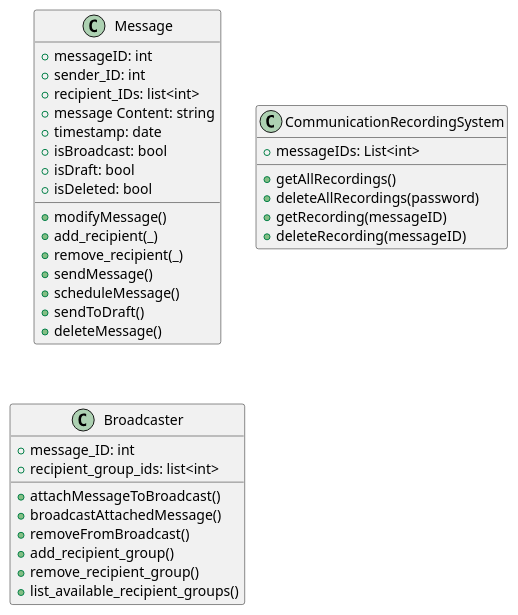
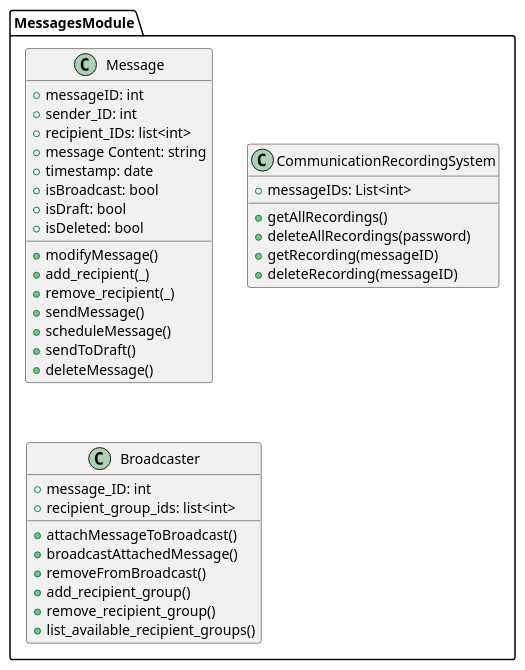
Before and after one commit to anshium/DASS-Assignment-3-IMS-System-Design: the diagram in messages.plantuml, drawn with PlantUML. The commit also changed 9 other files, not shown here.

```diff
--- a/messages.plantuml
+++ b/messages.plantuml
@@ -1,43 +1,45 @@
 @startuml messages
+package MessagesModule {
+	class Message {
+		+ messageID: int
+		+ sender_ID: int
+		+ recipient_IDs: list<int>
+		+ message Content: string
+		+ timestamp: date
+		+ isBroadcast: bool
+		+ isDraft: bool
+		+ isDeleted: bool
 
-class Message {
-    + messageID: int
-    + sender_ID: int
-    + recipient_IDs: list<int>
-    + message Content: string
-    + timestamp: date
-	+ isBroadcast: bool
-	+ isDraft: bool
-	+ isDeleted: bool
+		+ modifyMessage()
+		+ add_recipient(_)
+		+ remove_recipient(_)
+		+ sendMessage()
+		+ scheduleMessage()
+		+ sendToDraft()
+		+ deleteMessage() 
+		' ID remains, the message content gets deleted and can't be edited, ID is also forgotten'
+	}
 
-	+ modifyMessage()
-	+ add_recipient(_)
-	+ remove_recipient(_)
-	+ sendMessage()
-	+ scheduleMessage()
-	+ sendToDraft()
-	+ deleteMessage() 
-	' ID remains, the message content gets deleted and can't be edited, ID is also forgotten'
-}
+	class CommunicationRecordingSystem {
+		+ messageIDs: List<int>
 
-class CommunicationRecordingSystem {
-    + messageIDs: List<int>
+		+ getAllRecordings()
+		+ deleteAllRecordings(password)
+		+ getRecording(messageID)
+		+ deleteRecording(messageID)
+	}
 
-	+ getAllRecordings()
-	+ deleteAllRecordings(password)
-	+ getRecording(messageID)
-	+ deleteRecording(messageID)
-}
+	class Broadcaster {
+		+ message_ID: int
+		+ recipient_group_ids: list<int>
 
-class Broadcaster {
-    + message_ID: int
-	+ recipient_group_ids: list<int>
+		+ attachMessageToBroadcast()
+		+ broadcastAttachedMessage()
+		+ removeFromBroadcast()
+		+ add_recipient_group()
+		+ remove_recipient_group()
+		+ list_available_recipient_groups()
+	}
 
-	+ attachMessageToBroadcast()
-	+ broadcastAttachedMessage()
-	+ removeFromBroadcast()
-	+ add_recipient_group()
-	+ remove_recipient_group()
-	+ list_available_recipient_groups()
 }
 @enduml
```
